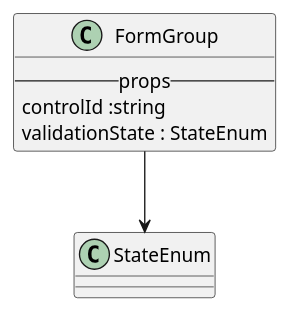
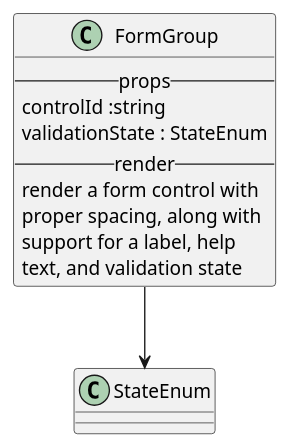
One commit to M9k/Marvin-Uml changed the diagram in react/bootstrap/formgroup.iuml. Above: the diagram before and after it, drawn with PlantUML. The commit also changed 10 other files, not shown here.

```diff
--- a/react/bootstrap/formgroup.iuml
+++ b/react/bootstrap/formgroup.iuml
@@ -1,7 +1,12 @@
 class FormGroup{
     --props--
          controlId :string
          validationState : StateEnum
+    --render--
+        render a form control with
+        proper spacing, along with
+        support for a label, help
+        text, and validation state
 }
 
 FormGroup --> StateEnum
```
